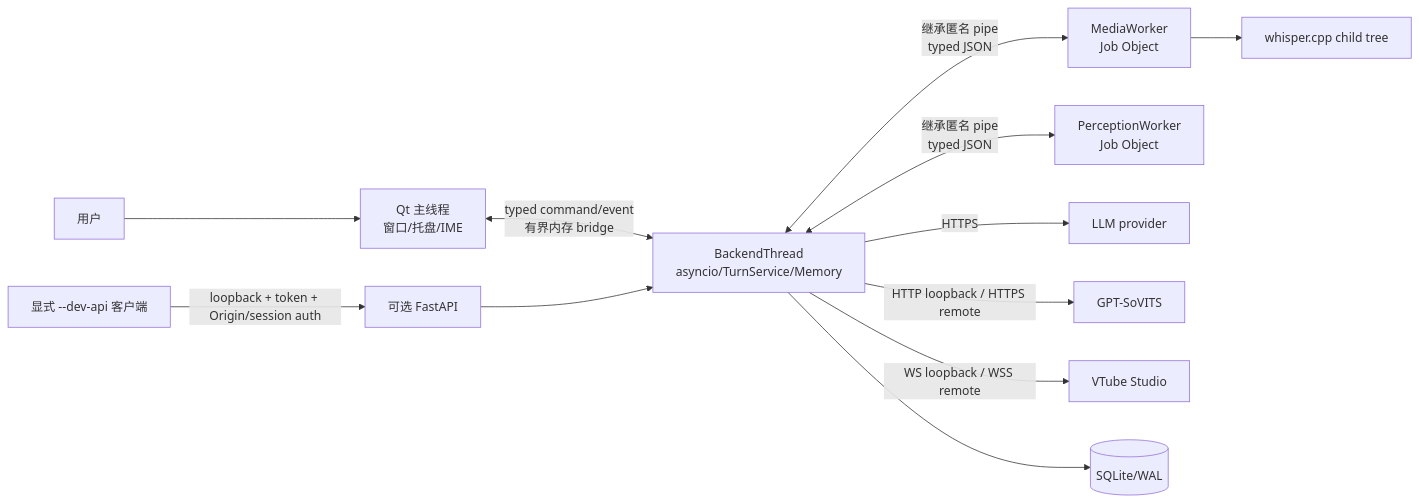
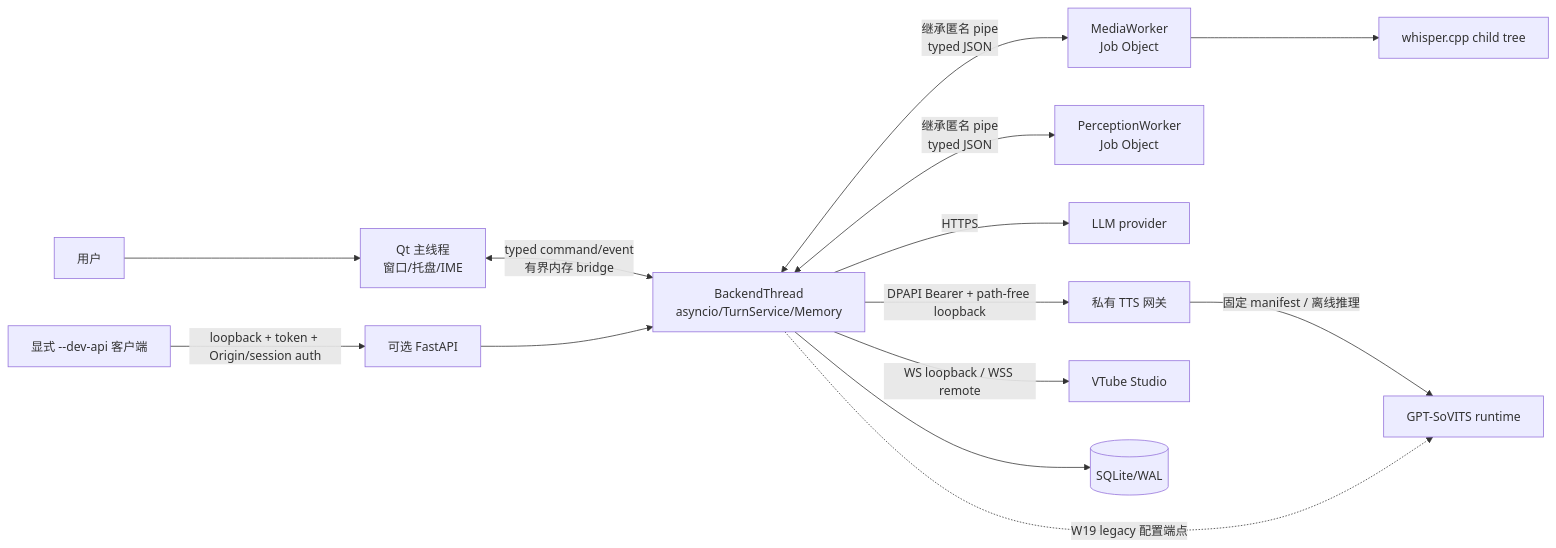
One commit to mizusawa-matsuri937/megumin_companion_ai changed the first of 6 diagrams in docs/windows_development_plan.md. Above: the diagram before and after it, drawn with Mermaid. The commit also changed other lines of this file and 63 other files, not shown here.

````diff
--- a/docs/windows_development_plan.md
+++ b/docs/windows_development_plan.md
@@ -254,14 +254,16 @@
 ```mermaid
 flowchart LR
     U["用户"] --> QT["Qt 主线程\n窗口/托盘/IME"]
     QT <-->|"typed command/event\n有界内存 bridge"| BE["BackendThread\nasyncio/TurnService/Memory"]
     DEV["显式 --dev-api 客户端"] -->|"loopback + token + Origin/session auth"| API["可选 FastAPI"]
     API --> BE
     BE <-->|"继承匿名 pipe\ntyped JSON"| MW["MediaWorker\nJob Object"]
     BE <-->|"继承匿名 pipe\ntyped JSON"| PW["PerceptionWorker\nJob Object"]
     BE -->|"HTTPS"| LLM["LLM provider"]
-    BE -->|"HTTP loopback / HTTPS remote"| TTS["GPT-SoVITS"]
+    BE -->|"DPAPI Bearer + path-free loopback"| TG["私有 TTS 网关"]
+    TG -->|"固定 manifest / 离线推理"| TTS["GPT-SoVITS runtime"]
+    BE -.->|"W19 legacy 配置端点"| TTS
     BE -->|"WS loopback / WSS remote"| VTS["VTube Studio"]
     MW --> WH["whisper.cpp child tree"]
     BE --> DB[("SQLite/WAL")]
 ```
````
